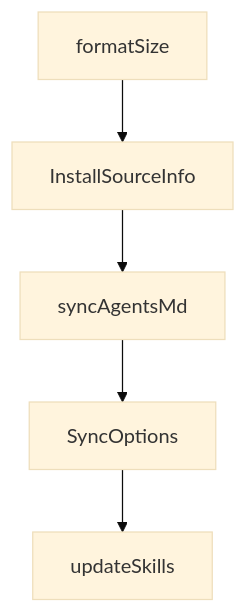
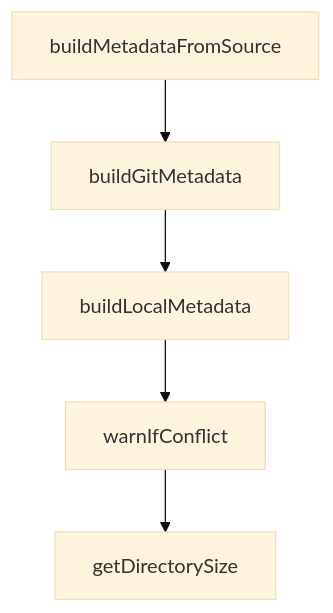
The diagram in tutorials/openskills-tutorial/05-universal-mode-and-multi-agent-setups.md (johnxie/awesome-code-docs), drawn with Mermaid (base theme) before and after one commit. The commit also changed other lines of this file and 1232 other files, not shown here.

````diff
--- a/tutorials/openskills-tutorial/05-universal-mode-and-multi-agent-setups.md
+++ b/tutorials/openskills-tutorial/05-universal-mode-and-multi-agent-setups.md
@@ -200,12 +198,12 @@
 ```mermaid
 flowchart TD
-    A[formatSize]
-    B[InstallSourceInfo]
-    C[syncAgentsMd]
-    D[SyncOptions]
-    E[updateSkills]
+    A[buildMetadataFromSource]
+    B[buildGitMetadata]
+    C[buildLocalMetadata]
+    D[warnIfConflict]
+    E[getDirectorySize]
     A --> B
     B --> C
     C --> D
     D --> E
 ```
````
